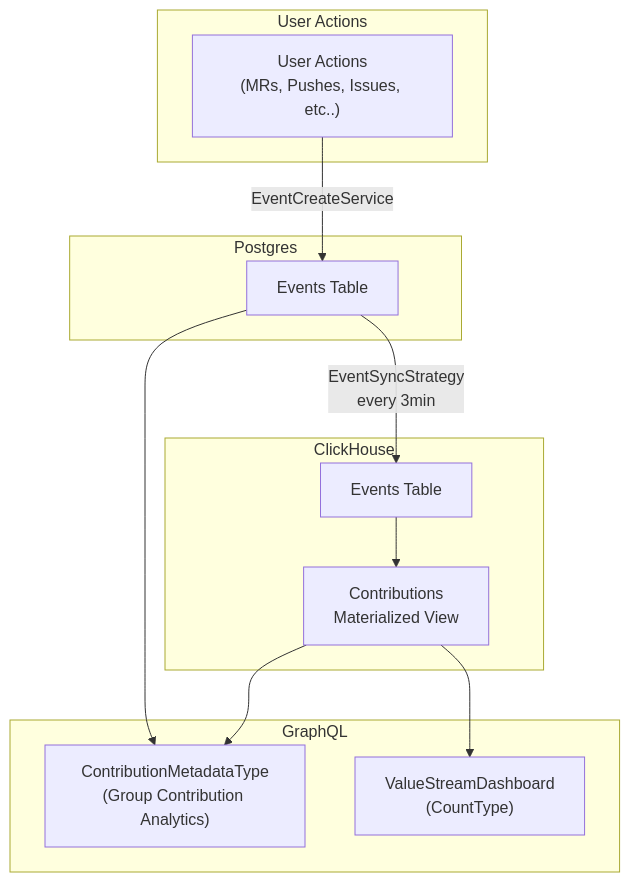
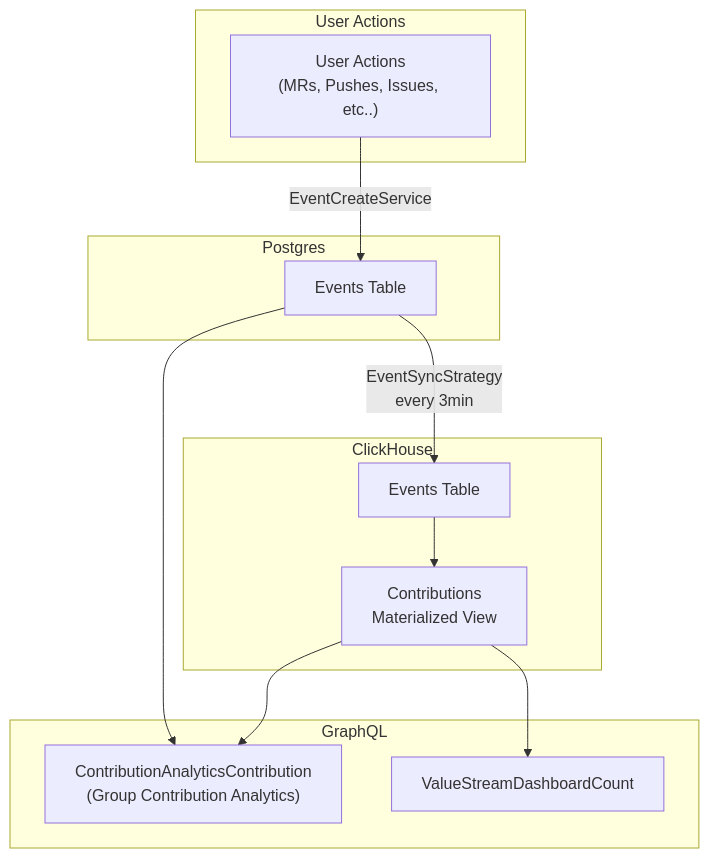
Before and after one commit to zalyoung/gitlab-handbook: the first of 2 diagrams in content/handbook/engineering/development/analytics/monitor/optimize.md, drawn with Mermaid. The commit also changed other lines of this file, not shown here.

````diff
--- a/content/handbook/engineering/development/analytics/monitor/optimize.md
+++ b/content/handbook/engineering/development/analytics/monitor/optimize.md
@@ -60,27 +60,27 @@
 ```mermaid
 flowchart TB
     subgraph User Actions
         user_actions["User Actions\n(MRs, Pushes, Issues, etc..)"]
     end
 
     subgraph Postgres
         events_table_pg["Events Table"]
     end
 
     subgraph ClickHouse
         events_table_ch["Events Table"]
         contributions_mv["Contributions\nMaterialized View"]
     end
 
     subgraph GraphQL
-        contribution_analytics["ContributionMetadataType\n(Group Contribution Analytics)"]
-        value_stream["ValueStreamDashboard\n(CountType)"]
+        contribution_analytics["ContributionAnalyticsContribution\n(Group Contribution Analytics)"]
+        value_stream["ValueStreamDashboardCount"]
     end
 
     user_actions -->|EventCreateService| events_table_pg
     events_table_pg -->|EventSyncStrategy\nevery 3min| events_table_ch
     events_table_ch --> contributions_mv
     events_table_pg --> contribution_analytics
     contributions_mv --> contribution_analytics
     contributions_mv --> value_stream
 ```
````
